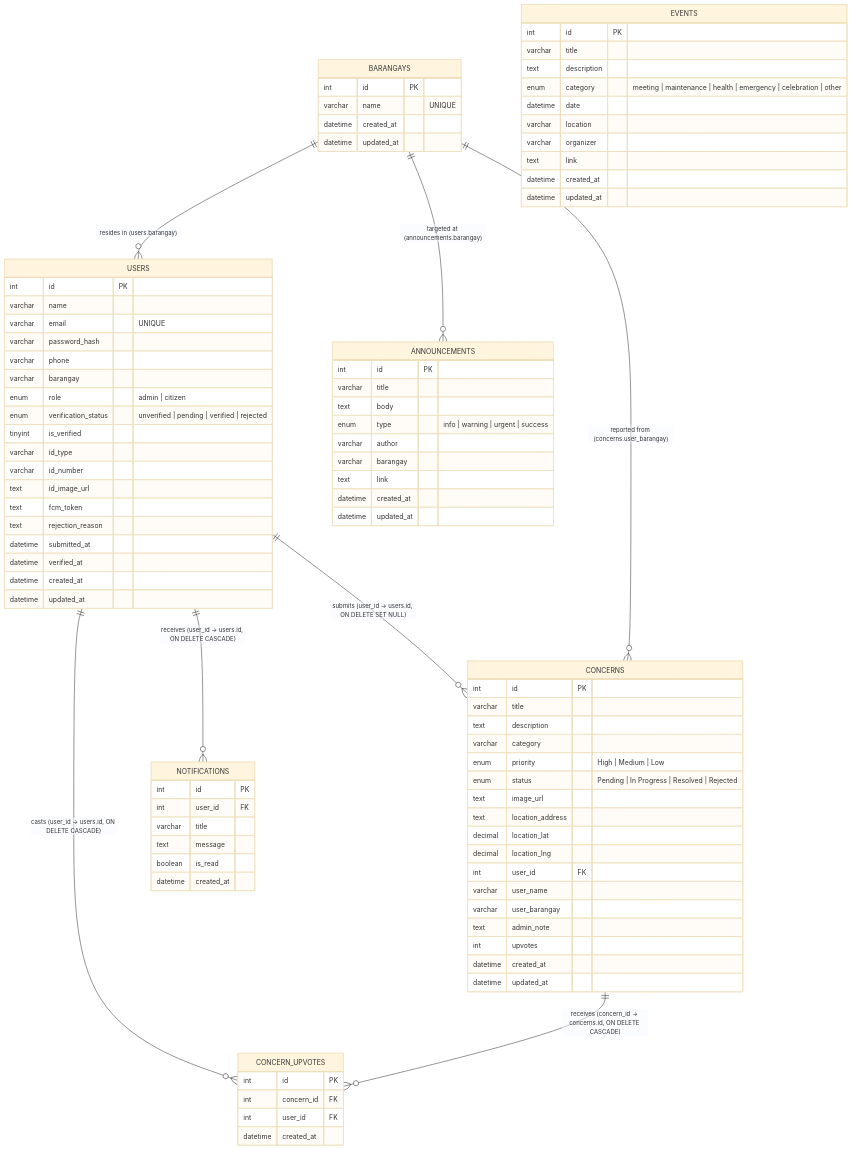
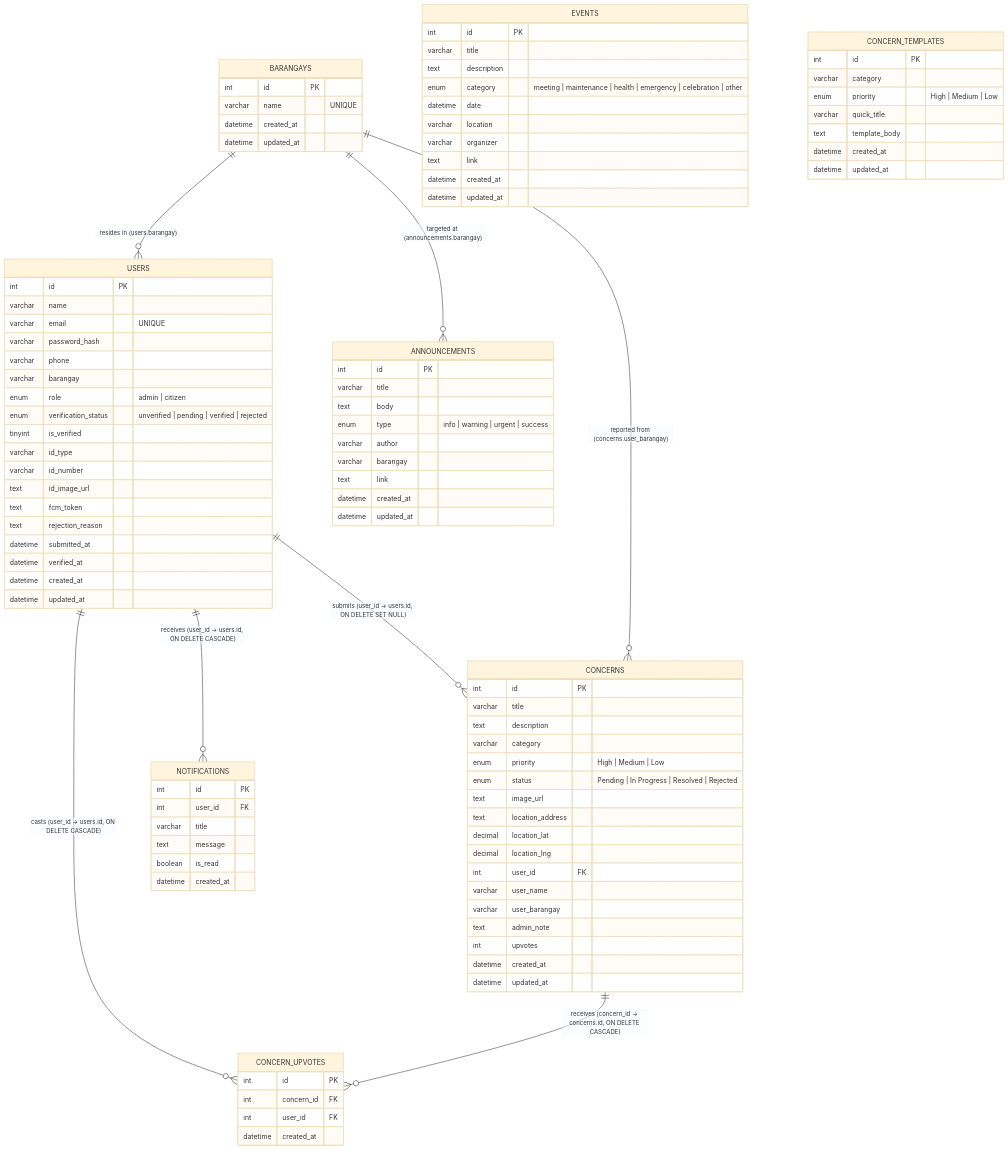
Before and after one commit to palingubaerwin029-ai/citivoice: the first of 8 diagrams in diagrams.md, drawn with Mermaid (base theme). The commit also changed other lines of this file and 1 other file, not shown here.

Commit message:
Schema: Add concern_templates table and seed data

```diff
--- a/diagrams.md
+++ b/diagrams.md
@@ -104,6 +104,16 @@
         datetime created_at
         datetime updated_at
     }
+ 
+    CONCERN_TEMPLATES {
+        int id PK
+        varchar category
+        enum priority "High | Medium | Low"
+        varchar quick_title
+        text template_body
+        datetime created_at
+        datetime updated_at
+    }
 
     %% ── Physical Foreign Key Relationships ──
     USERS ||--o{ CONCERNS : "submits (user_id → users.id, ON DELETE SET NULL)"
```
